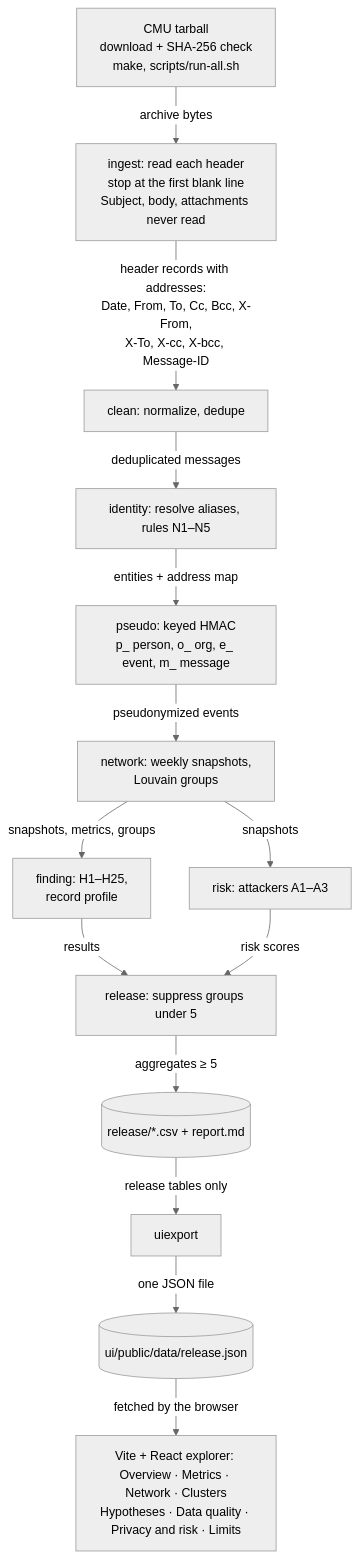
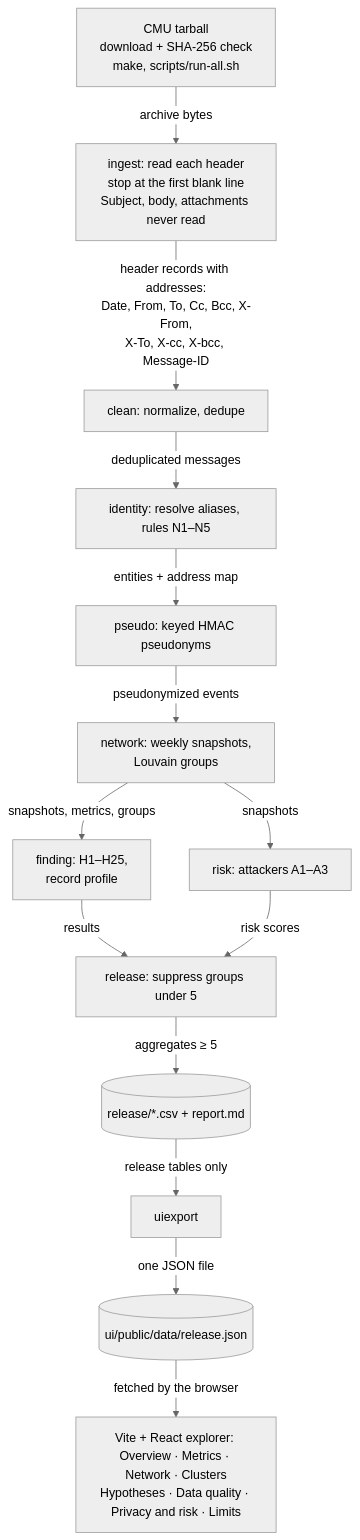
The second of 3 diagrams in README.md (marcusvieira88/network-science), drawn with Mermaid (neutral theme) before and after one commit. The commit also changed other lines of this file and 1 other file, not shown here.

````diff
--- a/README.md
+++ b/README.md
@@ -83,29 +83,29 @@
 ```mermaid
 flowchart TB
     D["CMU tarball<br/>download + SHA-256 check<br/>make, scripts/run-all.sh"]
     H["ingest: read each header<br/>stop at the first blank line<br/>Subject, body, attachments never read"]
     C["clean: normalize, dedupe"]
     I["identity: resolve aliases, rules N1–N5"]
-    P["pseudo: keyed HMAC<br/>p_ person, o_ org, e_ event, m_ message"]
+    P["pseudo: keyed HMAC pseudonyms"]
     N["network: weekly snapshots,<br/>Louvain groups"]
     F["finding: H1–H25,<br/>record profile"]
     R["risk: attackers A1–A3"]
     K["release: suppress groups under 5"]
     T[("release/*.csv + report.md")]
     U["uiexport"]
     J[("ui/public/data/release.json")]
     V["Vite + React explorer: Overview · Metrics · Network · Clusters<br/>Hypotheses · Data quality · Privacy and risk · Limits"]
     D -->|"archive bytes"| H
     H -->|"header records with addresses:<br/>Date, From, To, Cc, Bcc, X-From,<br/>X-To, X-cc, X-bcc, Message-ID"| C
     C -->|"deduplicated messages"| I
     I -->|"entities + address map"| P
     P -->|"pseudonymized events"| N
     N -->|"snapshots, metrics, groups"| F
     N -->|"snapshots"| R
     F -->|"results"| K
     R -->|"risk scores"| K
     K -->|"aggregates ≥ 5"| T
     T -->|"release tables only"| U
     U -->|"one JSON file"| J
     J -->|"fetched by the browser"| V
 ```
````
